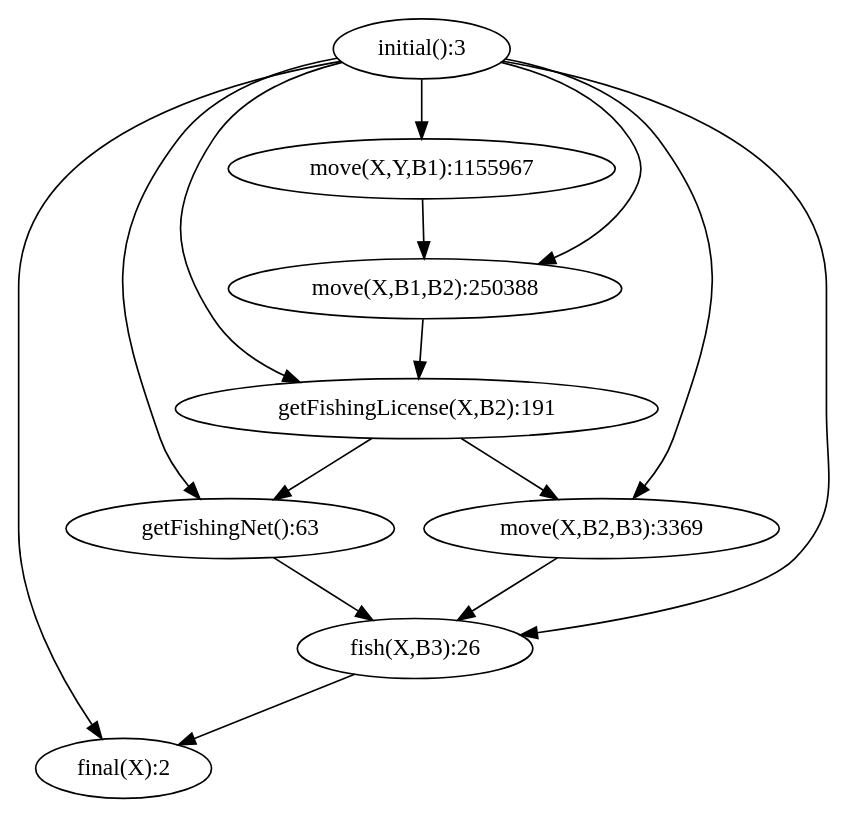
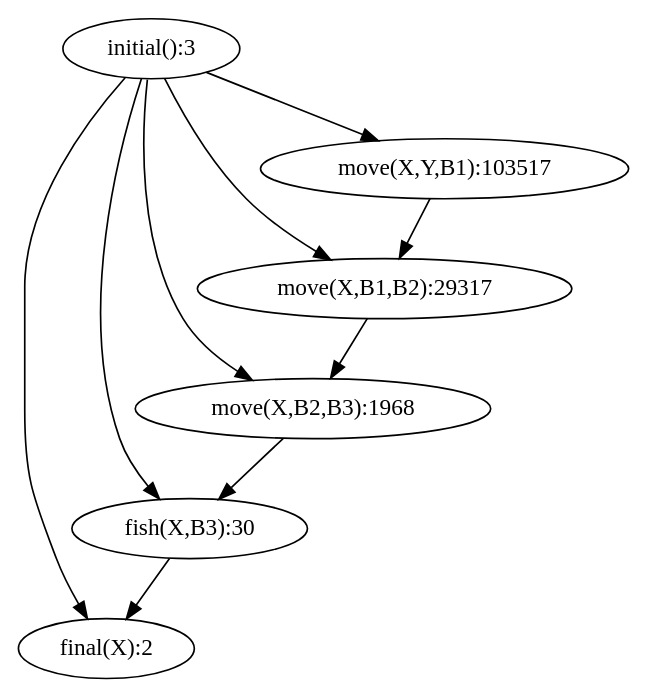
The diagram in output/overview.png.dot (tokyramarozaka/mimosa-iriela-extension), drawn with Graphviz before and after one commit. The commit also changed 6 other files, not shown here.

```diff
--- a/output/overview.png.dot
+++ b/output/overview.png.dot
@@ -1,16 +1,11 @@
 digraph G { 
   "initial():3" -> "final(X):2";
-  "initial():3" -> "fish(X,B3):26";
-  "initial():3" -> "getFishingNet():63";
-  "initial():3" -> "getFishingLicense(X,B2):191";
-  "initial():3" -> "move(X,B2,B3):3369";
-  "initial():3" -> "move(X,B1,B2):250388";
-  "initial():3" -> "move(X,Y,B1):1155967";
-  "fish(X,B3):26" -> "final(X):2";
-  "getFishingNet():63" -> "fish(X,B3):26";
-  "getFishingLicense(X,B2):191" -> "getFishingNet():63";
-  "getFishingLicense(X,B2):191" -> "move(X,B2,B3):3369";
-  "move(X,B2,B3):3369" -> "fish(X,B3):26";
-  "move(X,B1,B2):250388" -> "getFishingLicense(X,B2):191";
-  "move(X,Y,B1):1155967" -> "move(X,B1,B2):250388";
+  "initial():3" -> "fish(X,B3):30";
+  "initial():3" -> "move(X,B2,B3):1968";
+  "initial():3" -> "move(X,B1,B2):29317";
+  "initial():3" -> "move(X,Y,B1):103517";
+  "fish(X,B3):30" -> "final(X):2";
+  "move(X,B2,B3):1968" -> "fish(X,B3):30";
+  "move(X,B1,B2):29317" -> "move(X,B2,B3):1968";
+  "move(X,Y,B1):103517" -> "move(X,B1,B2):29317";
 }
```
